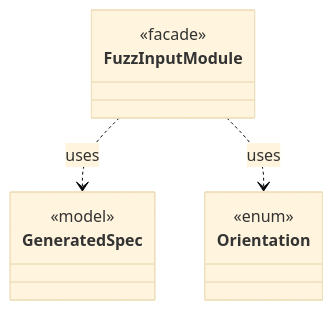
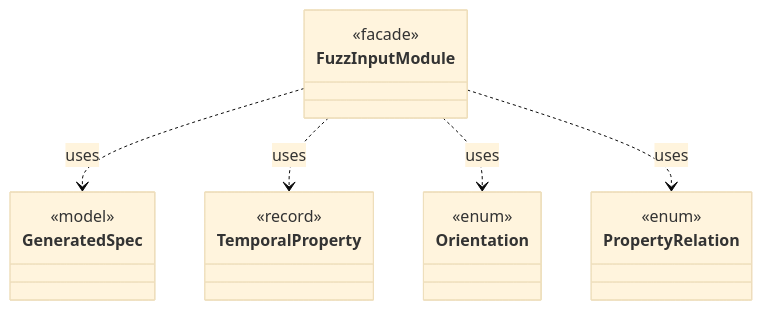
One commit to tlaplus/model-checker-hardening changed the diagram in dev/types/io.github.tlaplus.hardening.workflow.spec.FuzzInputModule.md. Above: the diagram before and after it, drawn with Mermaid (base theme). The commit also changed other lines of this file and 405 other files, not shown here.

````diff
--- a/dev/types/io.github.tlaplus.hardening.workflow.spec.FuzzInputModule.md
+++ b/dev/types/io.github.tlaplus.hardening.workflow.spec.FuzzInputModule.md
@@ -7,14 +7,22 @@
 ```mermaid
 classDiagram
   class FuzzInputModule {
     <<facade>>
   }
   class GeneratedSpec {
     <<model>>
   }
+  class TemporalProperty {
+    <<record>>
+  }
   class Orientation {
     <<enum>>
   }
+  class PropertyRelation {
+    <<enum>>
+  }
   FuzzInputModule ..> GeneratedSpec : uses
+  FuzzInputModule ..> TemporalProperty : uses
   FuzzInputModule ..> Orientation : uses
+  FuzzInputModule ..> PropertyRelation : uses
 ```
````
